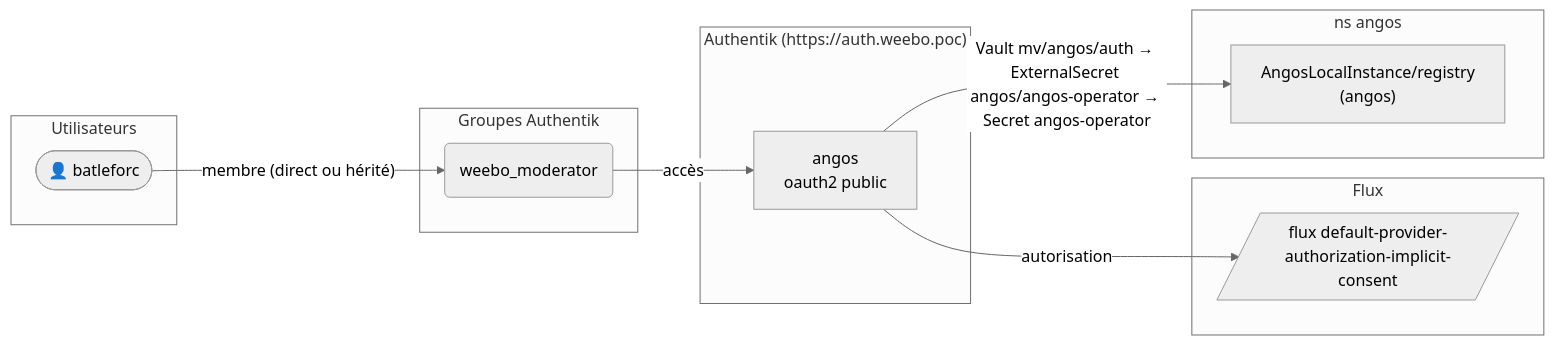
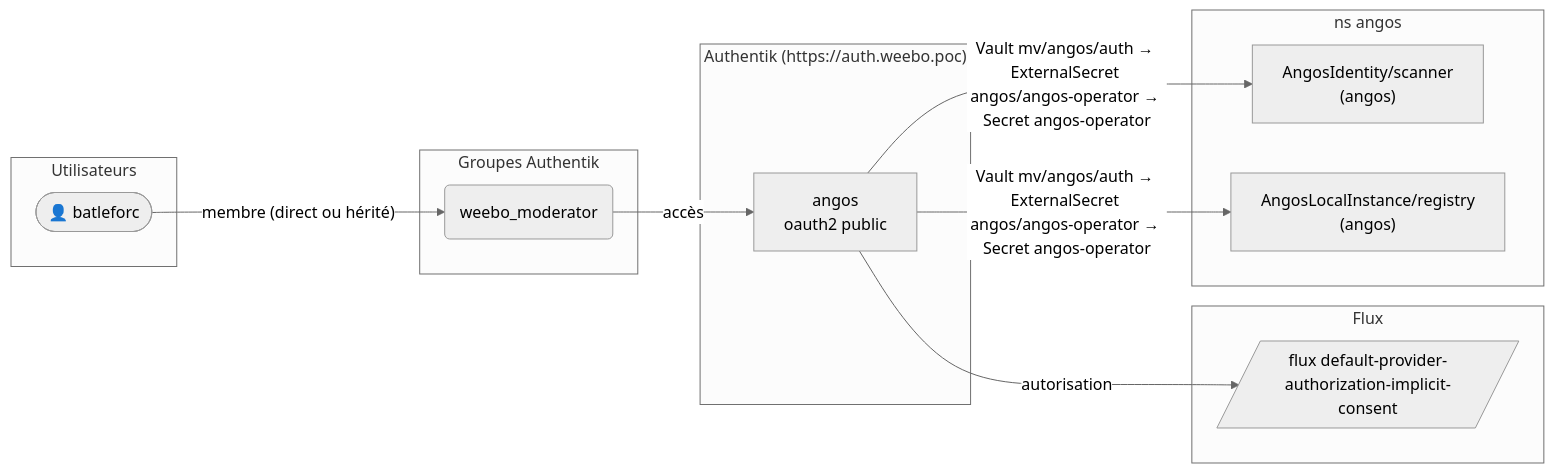
The first of 13 diagrams in 0.docs/content/docs/security/authentication/applications.mdx (batleforc/weebo-si), drawn with Mermaid (neutral theme) before and after one commit. The commit also changed other lines of this file and 14 other files, not shown here.

````diff
--- a/0.docs/content/docs/security/authentication/applications.mdx
+++ b/0.docs/content/docs/security/authentication/applications.mdx
@@ -21,22 +21,24 @@
 ```mermaid
 flowchart LR
   subgraph n_sg_Authentik__https___auth_weebo_poc__26e1e2["Authentik (https://auth.weebo.poc)"]
     n_ak_angos_b0924d["angos<br/>oauth2 public"]
   end
   subgraph n_sg_Utilisateurs_8705d9["Utilisateurs"]
     n_user_batleforc_01dd2e(["👤 batleforc"])
   end
   subgraph n_sg_Groupes_Authentik_560804["Groupes Authentik"]
     n_group_weebo_moderator_a8f585("weebo_moderator")
   end
   subgraph n_sg_Flux_3086f2["Flux"]
     n_flow_default_provider_authorization_implicit_consent_4789aa[/"flux default-provider-authorization-implicit-consent"/]
   end
   subgraph n_sg_ns_angos_16e398["ns angos"]
+    n_c_angos_angos_AngosIdentity_scanner_da9c4e["AngosIdentity/scanner<br/>(angos)"]
     n_c_angos_angos_AngosLocalInstance_registry_441d35["AngosLocalInstance/registry<br/>(angos)"]
   end
   n_user_batleforc_01dd2e -->|"membre (direct ou hérité)"| n_group_weebo_moderator_a8f585
   n_group_weebo_moderator_a8f585 -->|"accès"| n_ak_angos_b0924d
   n_ak_angos_b0924d -->|"autorisation"| n_flow_default_provider_authorization_implicit_consent_4789aa
+  n_ak_angos_b0924d -->|"Vault mv/angos/auth → ExternalSecret angos/angos-operator → Secret angos-operator"| n_c_angos_angos_AngosIdentity_scanner_da9c4e
   n_ak_angos_b0924d -->|"Vault mv/angos/auth → ExternalSecret angos/angos-operator → Secret angos-operator"| n_c_angos_angos_AngosLocalInstance_registry_441d35
 ```
````
